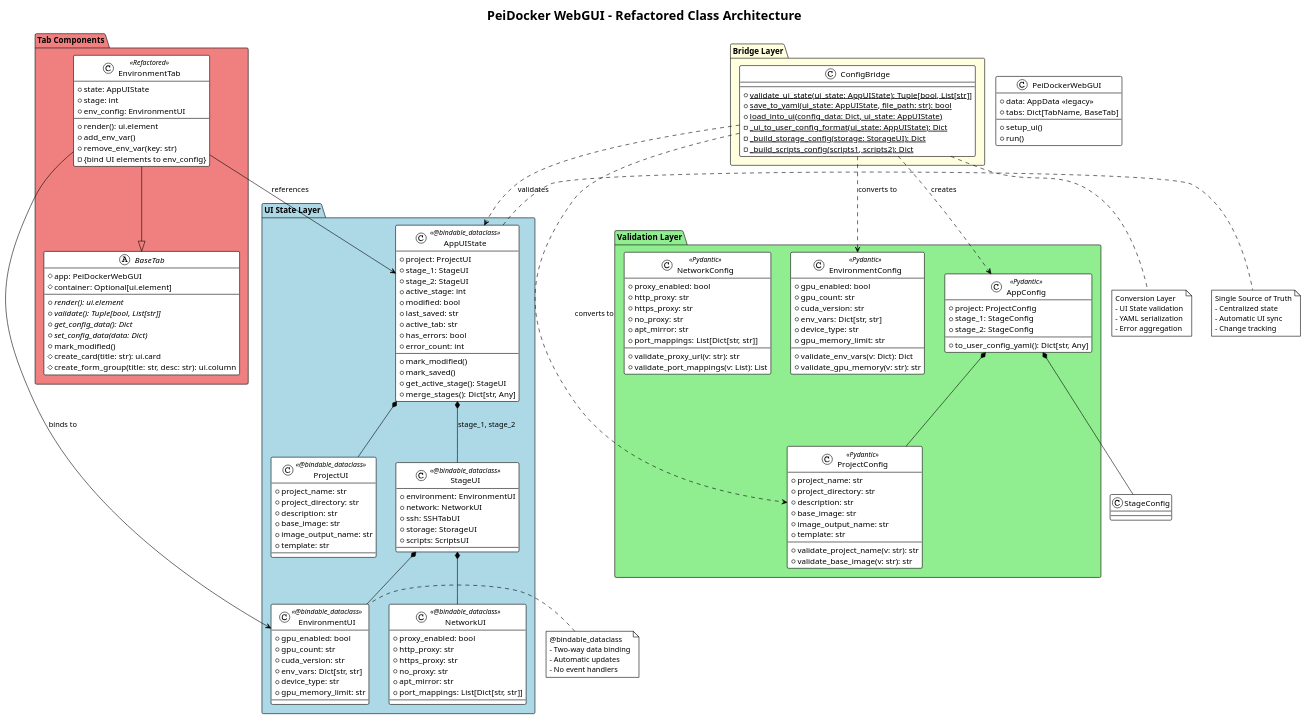
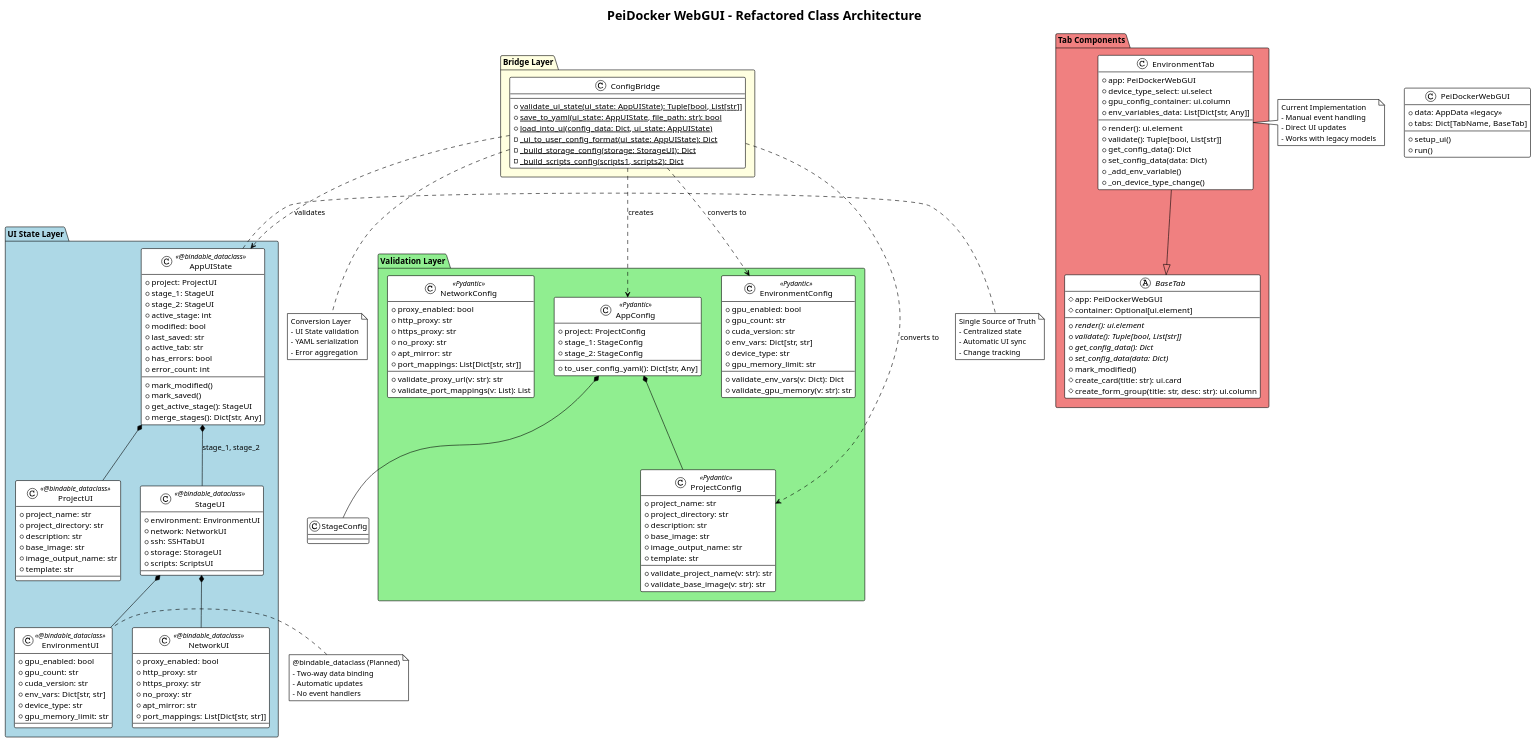
Before and after one commit to igamenovoer/PeiDocker: the second of 3 diagrams in context/design/arch-webgui.md, drawn with PlantUML. The commit also changed other lines of this file and 50 other files, not shown here.

````diff
--- a/context/design/arch-webgui.md
+++ b/context/design/arch-webgui.md
@@ -549,15 +546,18 @@
         #create_form_group(title: str, desc: str): ui.column
     }
     
-    class EnvironmentTab <<Refactored>> {
-        +state: AppUIState
-        +stage: int
-        +env_config: EnvironmentUI
+    class EnvironmentTab {
+        +app: PeiDockerWebGUI
+        +device_type_select: ui.select
+        +gpu_config_container: ui.column
+        +env_variables_data: List[Dict[str, Any]]
         --
         +render(): ui.element
-        +add_env_var()
-        +remove_env_var(key: str)
-        -{bind UI elements to env_config}
+        +validate(): Tuple[bool, List[str]]
+        +get_config_data(): Dict
+        +set_config_data(data: Dict)
+        +_add_env_variable()
+        +_on_device_type_change()
     }
 }
 
@@ -582,8 +582,6 @@
 ConfigBridge ..> ProjectConfig : converts to
 ConfigBridge ..> EnvironmentConfig : converts to
 
-EnvironmentTab --> AppUIState : references
-EnvironmentTab --> EnvironmentUI : binds to
 EnvironmentTab --|> BaseTab
 
 AppConfig *-- ProjectConfig
@@ -605,11 +603,18 @@
 end note
 
 note left of EnvironmentUI
-  @bindable_dataclass
+  @bindable_dataclass (Planned)
   - Two-way data binding
   - Automatic updates
   - No event handlers
 end note
 
+note right of EnvironmentTab
+  Current Implementation
+  - Manual event handling
+  - Direct UI updates
+  - Works with legacy models
+end note
+
 @enduml
 ```
````
